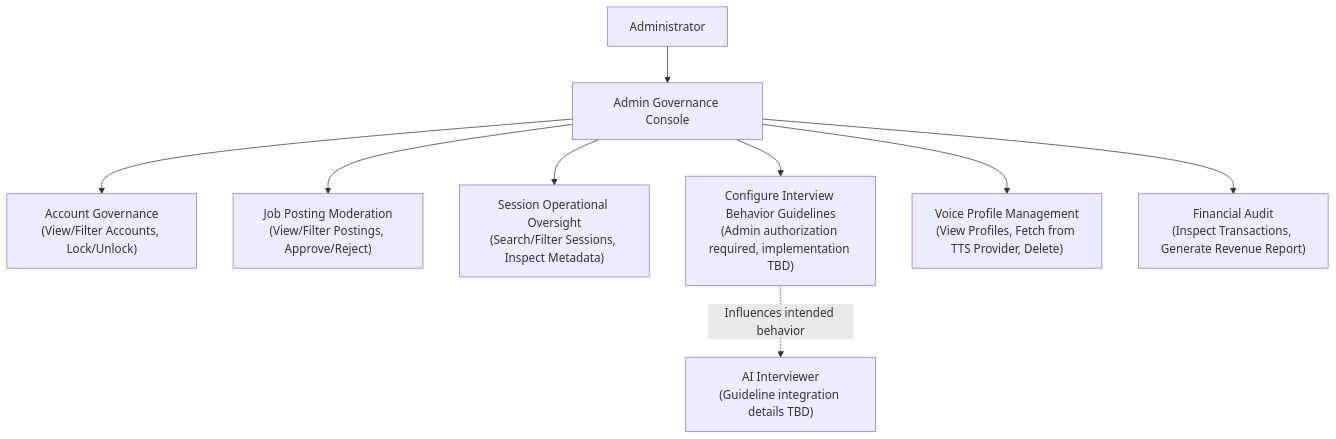
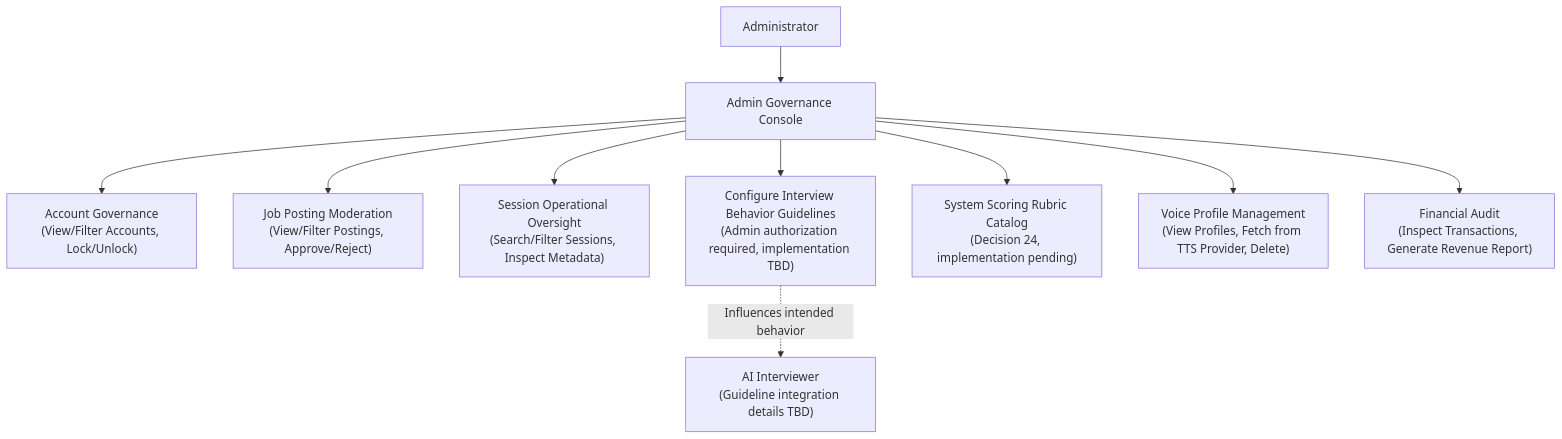
Before and after one commit to cog-forge/role-cue-brain: the diagram in 01_Domains/Administration/README.md, drawn with Mermaid. The commit also changed other lines of this file and 14 other files, not shown here.

````diff
--- a/01_Domains/Administration/README.md
+++ b/01_Domains/Administration/README.md
@@ -61,12 +66,13 @@
 ```mermaid
 flowchart TD
     ADMIN["Administrator"] --> CONSOLE["Admin Governance Console"]
 
     CONSOLE --> ACC["Account Governance<br/>(View/Filter Accounts, Lock/Unlock)"]
     CONSOLE --> JP["Job Posting Moderation<br/>(View/Filter Postings, Approve/Reject)"]
     CONSOLE --> SESS["Session Operational Oversight<br/>(Search/Filter Sessions, Inspect Metadata)"]
     CONSOLE --> GUIDE["Configure Interview Behavior Guidelines<br/>(Admin authorization required, implementation TBD)"]
     GUIDE -.->|"Influences intended behavior"| INTERVIEW["AI Interviewer<br/>(Guideline integration details TBD)"]
+    CONSOLE --> RUBRIC["System Scoring Rubric Catalog<br/>(Decision 24, implementation pending)"]
     CONSOLE --> VOICE["Voice Profile Management<br/>(View Profiles, Fetch from TTS Provider, Delete)"]
     CONSOLE --> FIN["Financial Audit<br/>(Inspect Transactions, Generate Revenue Report)"]
 ```
````
